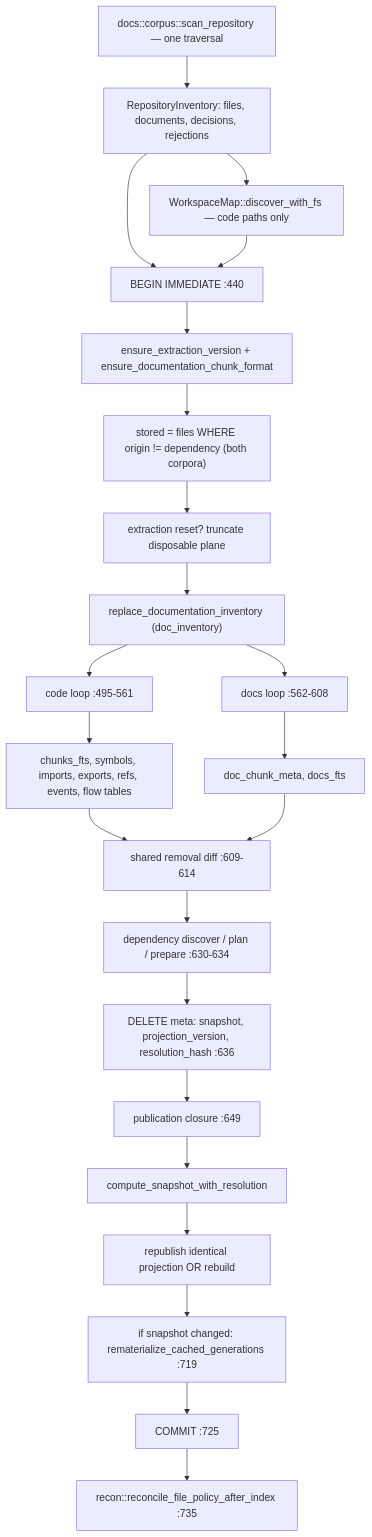
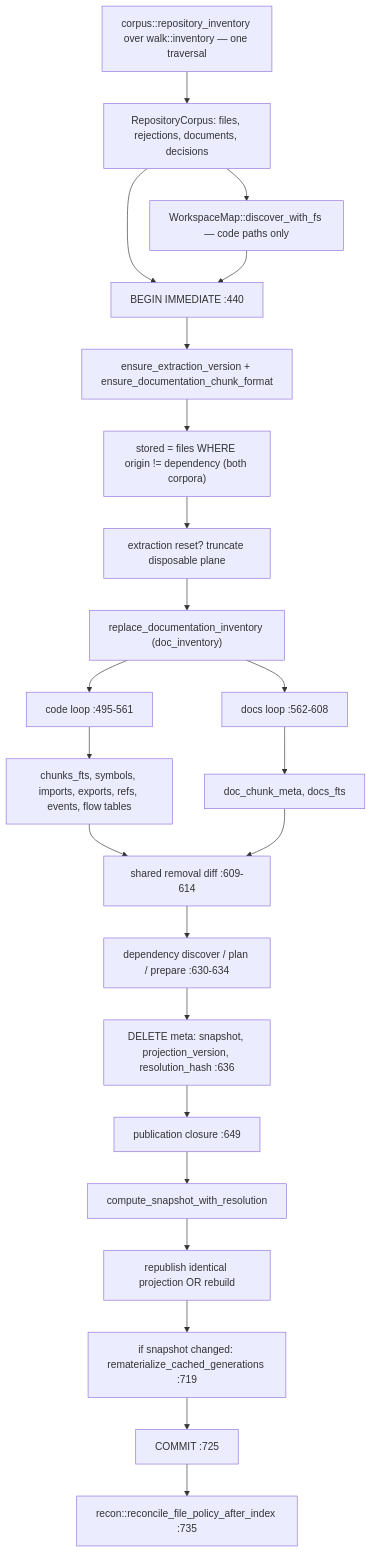
The first of 2 diagrams in docs/codebase-analysis/05-indexing-pipeline.md (iantocristian/jscout), drawn with Mermaid before and after one commit. The commit also changed other lines of this file and 11 other files, not shown here.

````diff
--- a/docs/codebase-analysis/05-indexing-pipeline.md
+++ b/docs/codebase-analysis/05-indexing-pipeline.md
@@ -45,25 +47,25 @@
 ```mermaid
 flowchart TD
-  SCAN["docs::corpus::scan_repository — one traversal"] --> INV["RepositoryInventory: files, documents, decisions, rejections"]
+  SCAN["corpus::repository_inventory over walk::inventory — one traversal"] --> INV["RepositoryCorpus: files, rejections, documents, decisions"]
   INV --> WS["WorkspaceMap::discover_with_fs — code paths only"]
   INV --> BEGIN["BEGIN IMMEDIATE :440"]
   WS --> BEGIN
   BEGIN --> CLOCKS["ensure_extraction_version + ensure_documentation_chunk_format"]
   CLOCKS --> STORED["stored = files WHERE origin != dependency (both corpora)"]
   STORED --> RESET["extraction reset? truncate disposable plane"]
   RESET --> DOCINV["replace_documentation_inventory (doc_inventory)"]
   DOCINV --> CODE["code loop :495-561"]
   DOCINV --> DOCS["docs loop :562-608"]
   CODE --> CFAN["chunks_fts, symbols, imports, exports, refs, events, flow tables"]
   DOCS --> DFAN["doc_chunk_meta, docs_fts"]
   CFAN --> REMOVE["shared removal diff :609-614"]
   DFAN --> REMOVE
   REMOVE --> DEP["dependency discover / plan / prepare :630-634"]
   DEP --> DELM["DELETE meta: snapshot, projection_version, resolution_hash :636"]
   DELM --> PUB["publication closure :649"]
   PUB --> SNAP["compute_snapshot_with_resolution"]
   SNAP --> PROJ["republish identical projection OR rebuild"]
   PROJ --> REMAT["if snapshot changed: rematerialize_cached_generations :719"]
   REMAT --> COMMIT["COMMIT :725"]
   COMMIT --> RECON["recon::reconcile_file_policy_after_index :735"]
 ```
````
